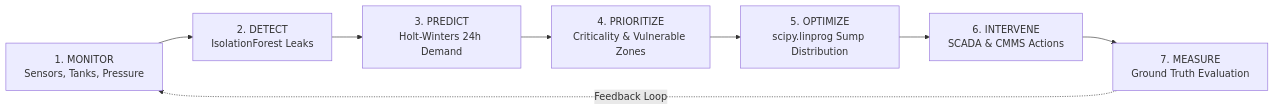
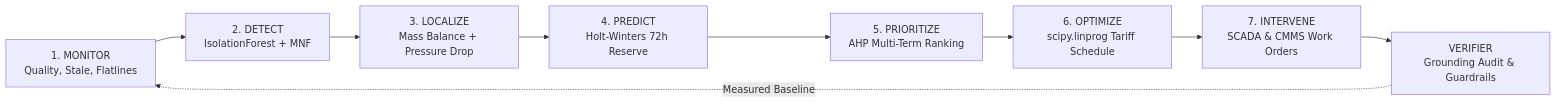
The second of 4 diagrams in docs/ARCHITECTURE.md (LakshanyaaJ/neeraran), drawn with Mermaid before and after one commit. The commit also changed other lines of this file and 27 other files, not shown here.

````diff
--- a/docs/ARCHITECTURE.md
+++ b/docs/ARCHITECTURE.md
@@ -73,10 +26,11 @@
 ```mermaid
 graph LR
-    M["1. MONITOR<br/>Sensors, Tanks, Pressure"] --> D["2. DETECT<br/>IsolationForest Leaks"]
-    D --> P["3. PREDICT<br/>Holt-Winters 24h Demand"]
-    P --> PR["4. PRIORITIZE<br/>Criticality & Vulnerable Zones"]
-    PR --> O["5. OPTIMIZE<br/>scipy.linprog Sump Distribution"]
-    O --> I["6. INTERVENE<br/>SCADA & CMMS Actions"]
-    I --> ME["7. MEASURE<br/>Ground Truth Evaluation"]
-    ME -.->|Feedback Loop| M
+    M["1. MONITOR<br/>Quality, Stale, Flatlines"] --> D["2. DETECT<br/>IsolationForest + MNF"]
+    D --> L["3. LOCALIZE<br/>Mass Balance + Pressure Drop"]
+    L --> P["4. PREDICT<br/>Holt-Winters 72h Reserve"]
+    P --> PR["5. PRIORITIZE<br/>AHP Multi-Term Ranking"]
+    PR --> O["6. OPTIMIZE<br/>scipy.linprog Tariff Schedule"]
+    O --> I["7. INTERVENE<br/>SCADA & CMMS Work Orders"]
+    I --> V["VERIFIER<br/>Grounding Audit & Guardrails"]
+    V -.->|Measured Baseline| M
 ```
````
